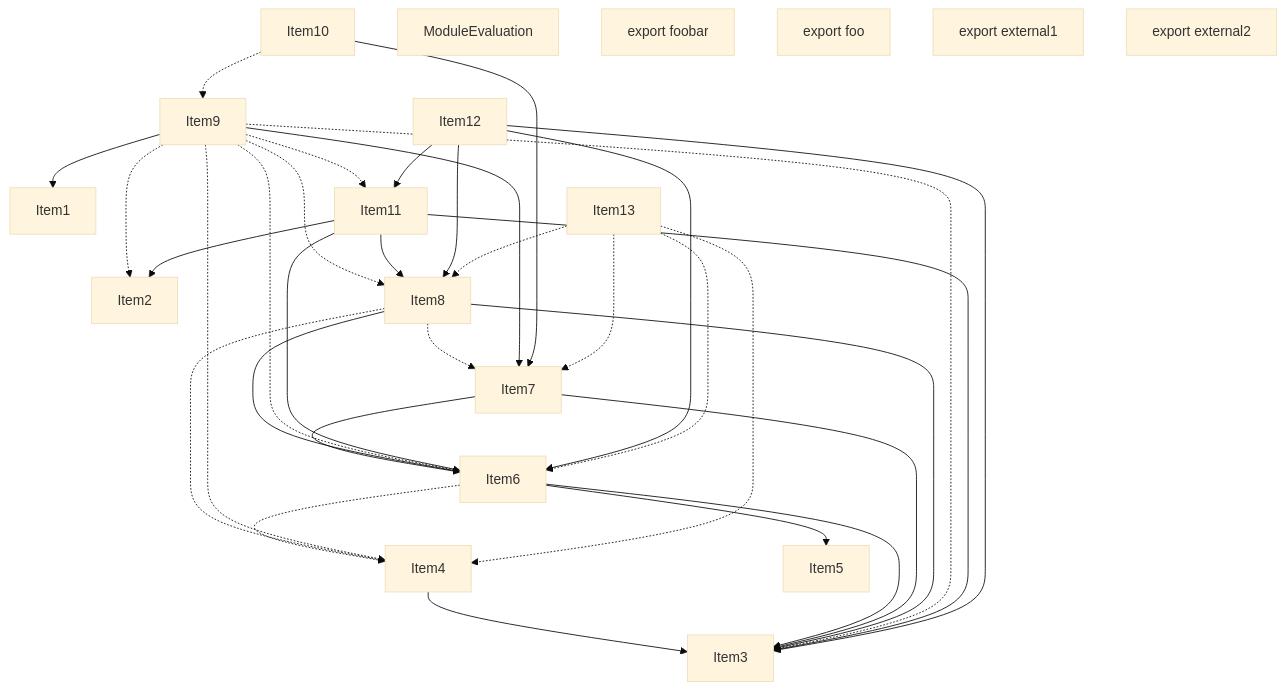
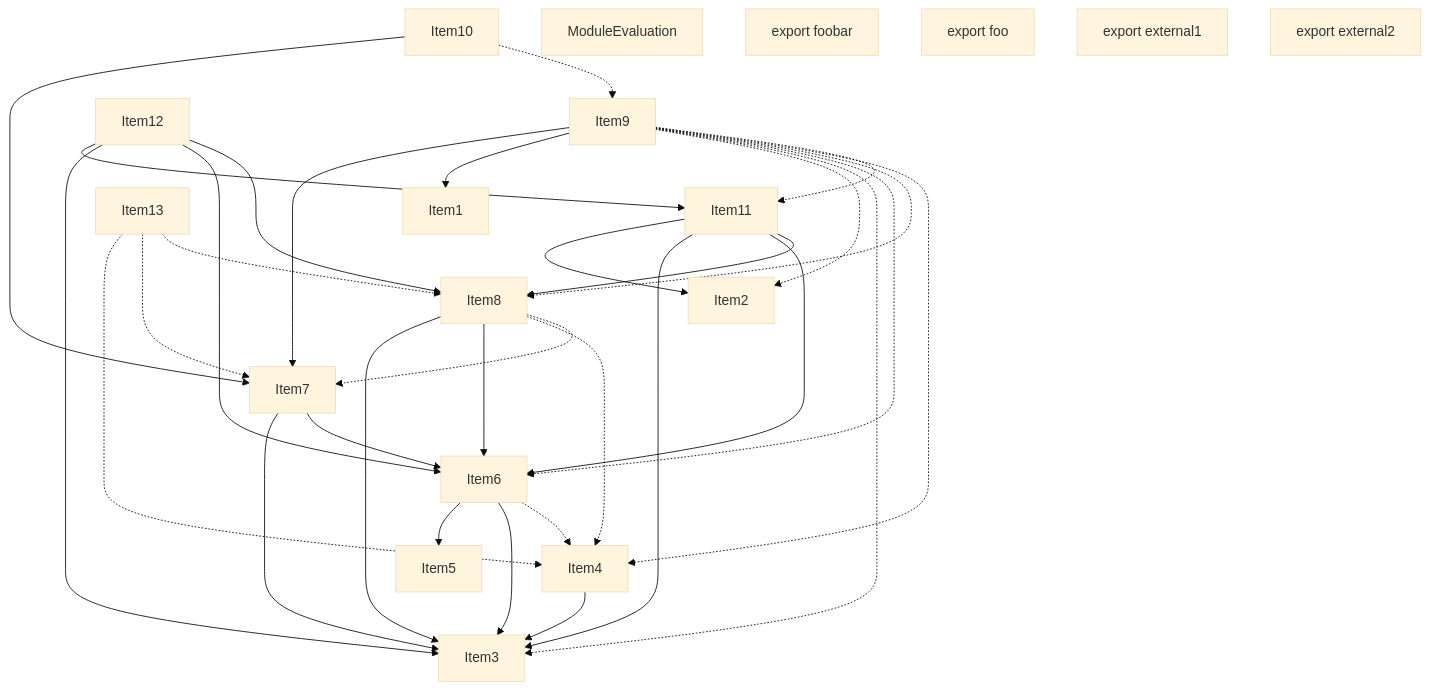
The third of 4 diagrams in crates/turbopack-ecmascript/tests/tree-shaker/analyzer/1/output.md (vercel/turborepo), drawn with Mermaid (base theme) before and after one commit. The commit also changed other lines of this file and 2 other files, not shown here.

Commit message:
Update test refs

````diff
--- a/crates/turbopack-ecmascript/tests/tree-shaker/analyzer/1/output.md
+++ b/crates/turbopack-ecmascript/tests/tree-shaker/analyzer/1/output.md
@@ -213,58 +213,57 @@
 ```mermaid
 graph TD
     Item1;
     Item2;
     Item3;
     Item4;
     Item5;
     Item6;
     Item7;
     Item8;
     Item9;
     Item10;
     Item11;
     Item12;
     Item13;
     Item14;
     Item14["ModuleEvaluation"];
     Item15;
     Item15["export foobar"];
     Item16;
     Item16["export foo"];
     Item17;
     Item17["export external1"];
     Item18;
     Item18["export external2"];
     Item4 --> Item3;
     Item6 --> Item5;
     Item6 --> Item3;
     Item6 -.-> Item4;
     Item7 --> Item3;
     Item7 --> Item6;
     Item8 --> Item3;
     Item8 --> Item6;
     Item8 -.-> Item4;
     Item8 -.-> Item7;
     Item9 --> Item7;
     Item9 --> Item1;
     Item9 -.-> Item2;
     Item9 -.-> Item3;
     Item9 -.-> Item6;
     Item9 -.-> Item8;
     Item9 -.-> Item4;
     Item9 -.-> Item11;
     Item10 --> Item7;
     Item10 -.-> Item9;
     Item11 --> Item2;
     Item11 --> Item3;
     Item11 --> Item6;
     Item11 --> Item8;
     Item12 --> Item11;
     Item12 --> Item3;
     Item12 --> Item6;
     Item12 --> Item8;
     Item13 -.-> Item4;
-    Item13 -.-> Item6;
     Item13 -.-> Item7;
     Item13 -.-> Item8;
 ```
````
